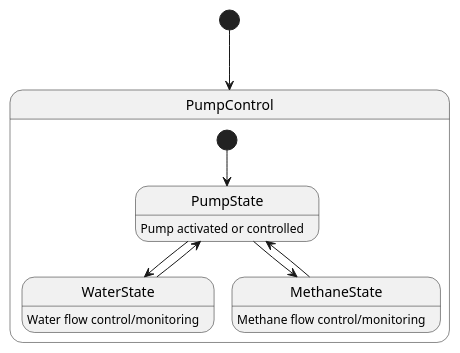
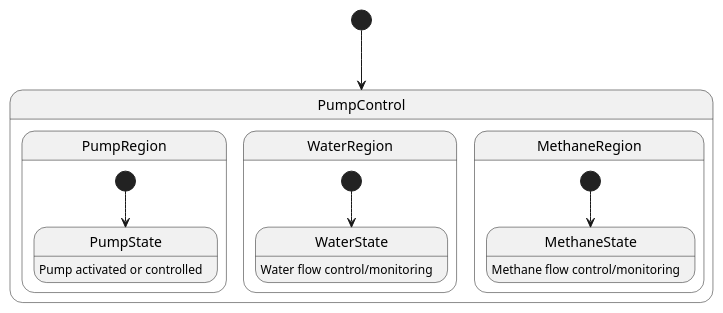
The diagram in project_1_llm_state_machine_modeling/paper_stm_repair/pipeline/representation/reports/llms_emp_r45_java_60/pairs/0053/README.md (HansBug/research_ideas), drawn with PlantUML before and after one commit. The commit also changed other lines of this file and 622 other files, not shown here.

First line of the commit message:
fix(paper1): 切换Phase-II最终池并重建PlantUML转换证据

````diff
--- a/project_1_llm_state_machine_modeling/paper_stm_repair/pipeline/representation/reports/llms_emp_r45_java_60/pairs/0053/README.md
+++ b/project_1_llm_state_machine_modeling/paper_stm_repair/pipeline/representation/reports/llms_emp_r45_java_60/pairs/0053/README.md
@@ -29,19 +77,24 @@
 ```plantuml
 @startuml
 
 [*] --> PumpControl
 
 state PumpControl {
+state PumpRegion {
 [*] --> PumpState
 PumpState : Pump activated or controlled
+}
+
+state WaterRegion {
+[*] --> WaterState
 WaterState : Water flow control/monitoring
+}
+
+state MethaneRegion {
+[*] --> MethaneState
 MethaneState : Methane flow control/monitoring
-
-PumpState --> WaterState
-PumpState --> MethaneState
-WaterState --> PumpState
-MethaneState --> PumpState
+}
 }
 
 @enduml
 ```
````
